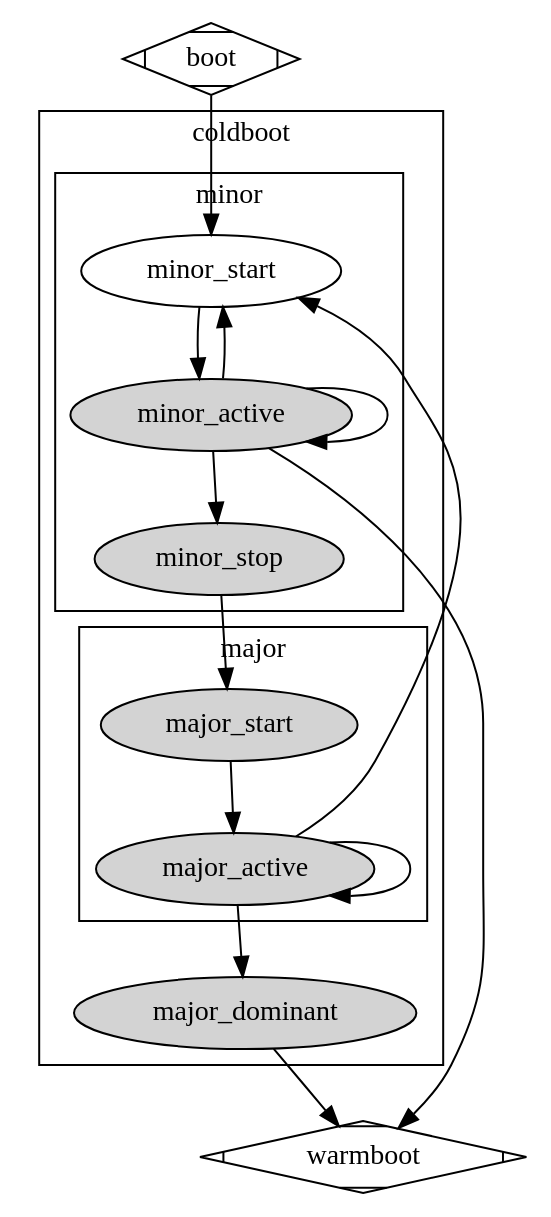
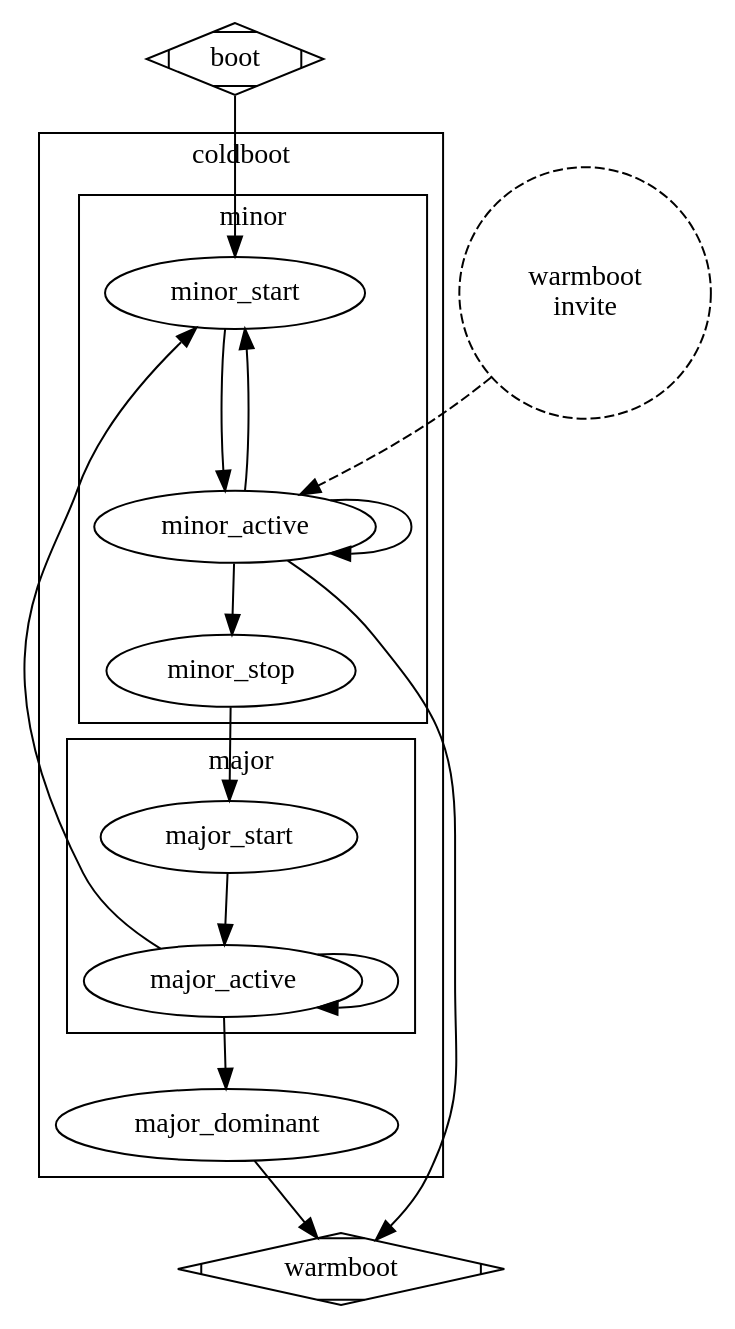
One commit to 8bitgeek/libezbus changed the diagram in docs/coldboot.dot. Above: the diagram before and after it, drawn with Graphviz. The commit also changed 9 other files, not shown here.

```diff
--- a/docs/coldboot.dot
+++ b/docs/coldboot.dot
@@ -1,40 +1,42 @@
 digraph boot0 
 {
     boot [shape=Mdiamond];
     boot -> minor_start;
 
+
     subgraph cluster_coldboot_minor 
     {
         label = "coldboot";
-        node [style=filled];
 
         subgraph cluster_coldboot_minor 
         {
             label = "minor";
-            node [style=filled];
 
             minor_start -> minor_active;
             minor_active -> minor_active;
             minor_active -> minor_stop;
             minor_active -> minor_start;
         }
 
         subgraph cluster_coldboot
         {
             label = "major";
-            node [style=filled];
 
             major_start ->major_active;
             major_active -> major_active;
             major_active -> minor_start;
         }
 
         major_active -> major_dominant;
         minor_stop -> major_start;
-     }
+    }
 
     warmboot [shape=Mdiamond];
 
     minor_active -> warmboot;
     major_dominant -> warmboot
+
+    invite [shape=circle,style=dashed,label="warmboot\ninvite"];
+    invite -> minor_active [style=dashed];
+
 }
```
